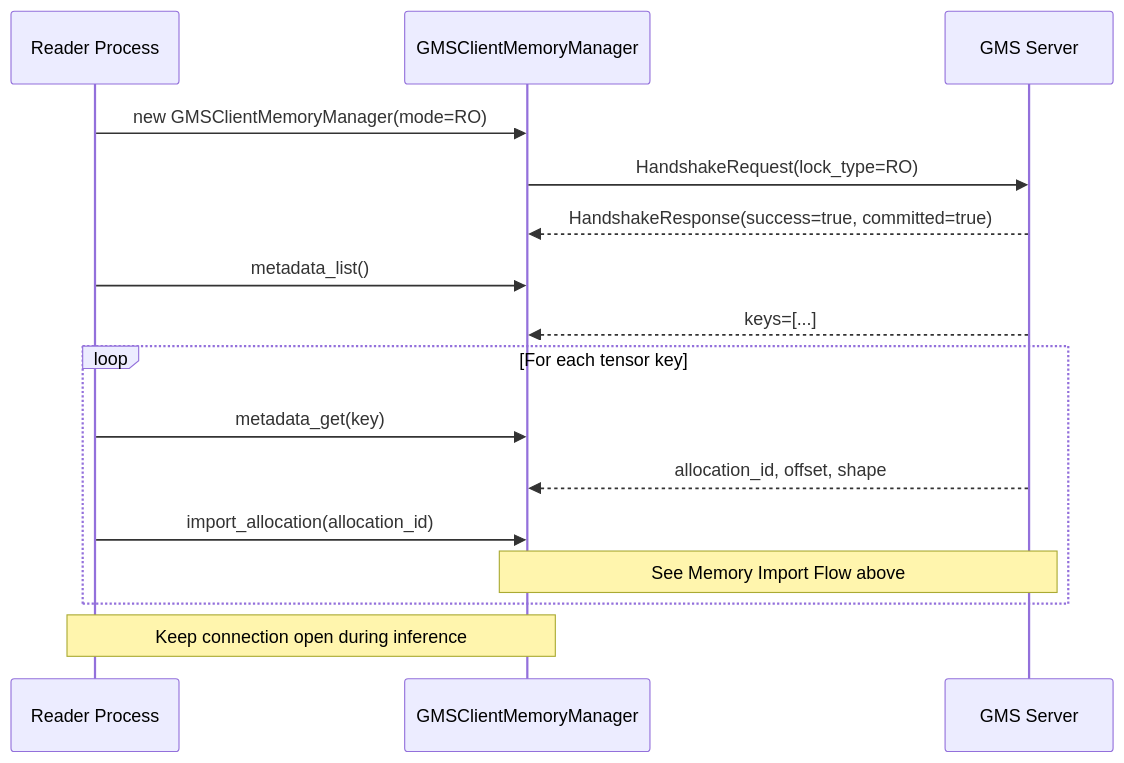
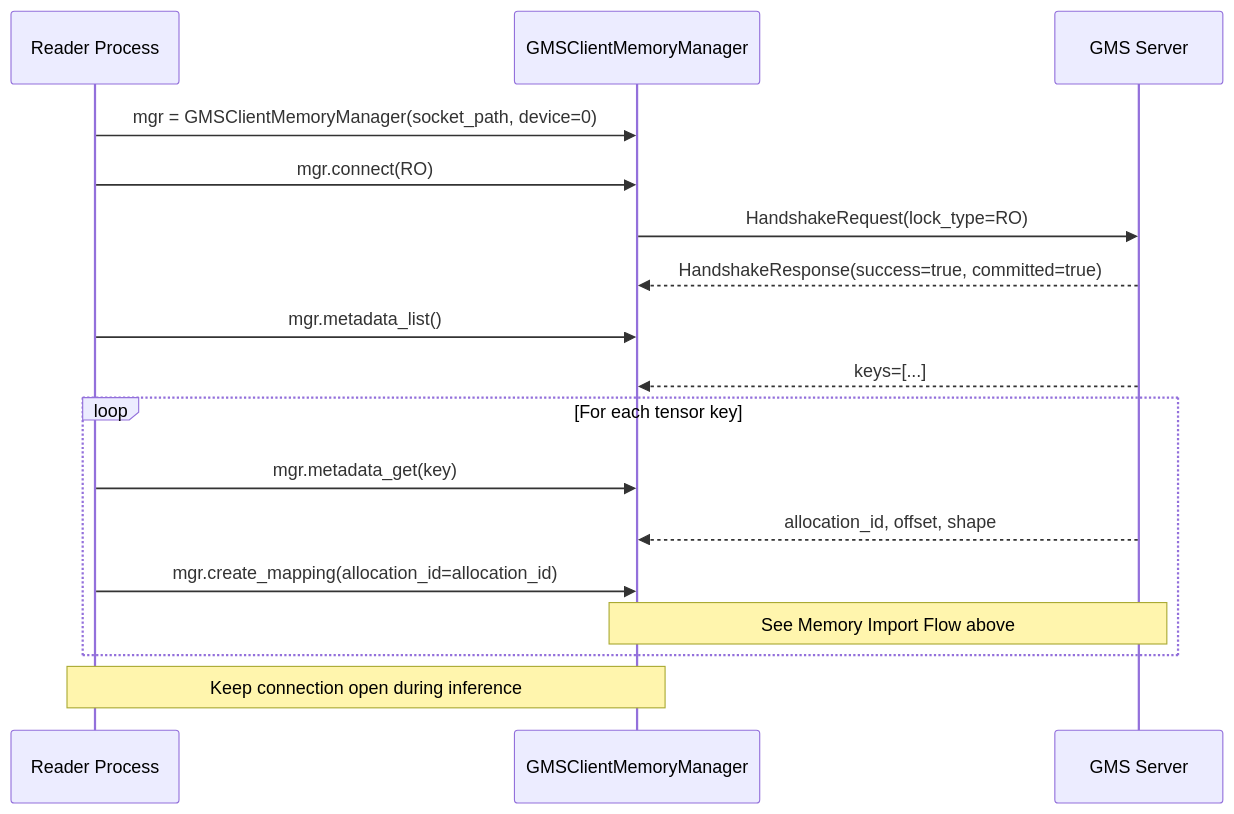
Before and after one commit to ai-dynamo/dynamo: the fourth of 6 diagrams in lib/gpu_memory_service/README.md, drawn with Mermaid. The commit also changed other lines of this file and 21 other files, not shown here.

First line of the commit message:
feat: refactor GMS client memory manager with tiered API

````diff
--- a/lib/gpu_memory_service/README.md
+++ b/lib/gpu_memory_service/README.md
@@ -212,22 +213,23 @@
 ```mermaid
 sequenceDiagram
     participant R as Reader Process
     participant C as GMSClientMemoryManager
     participant S as GMS Server
 
-    R->>C: new GMSClientMemoryManager(mode=RO)
+    R->>C: mgr = GMSClientMemoryManager(socket_path, device=0)
+    R->>C: mgr.connect(RO)
     C->>S: HandshakeRequest(lock_type=RO)
     S-->>C: HandshakeResponse(success=true, committed=true)
 
-    R->>C: metadata_list()
+    R->>C: mgr.metadata_list()
     S-->>C: keys=[...]
 
     loop For each tensor key
-        R->>C: metadata_get(key)
+        R->>C: mgr.metadata_get(key)
         S-->>C: allocation_id, offset, shape
-        R->>C: import_allocation(allocation_id)
+        R->>C: mgr.create_mapping(allocation_id=allocation_id)
         Note over C,S: See Memory Import Flow above
     end
 
     Note over R,C: Keep connection open during inference
 ```
````
